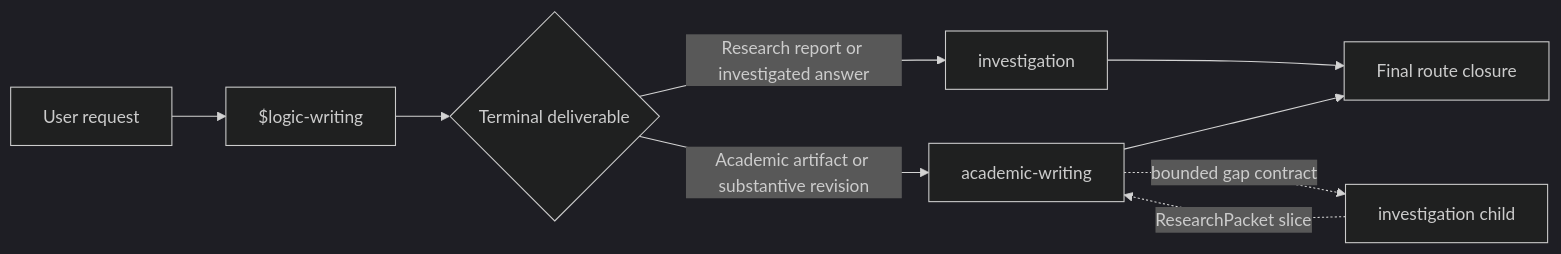
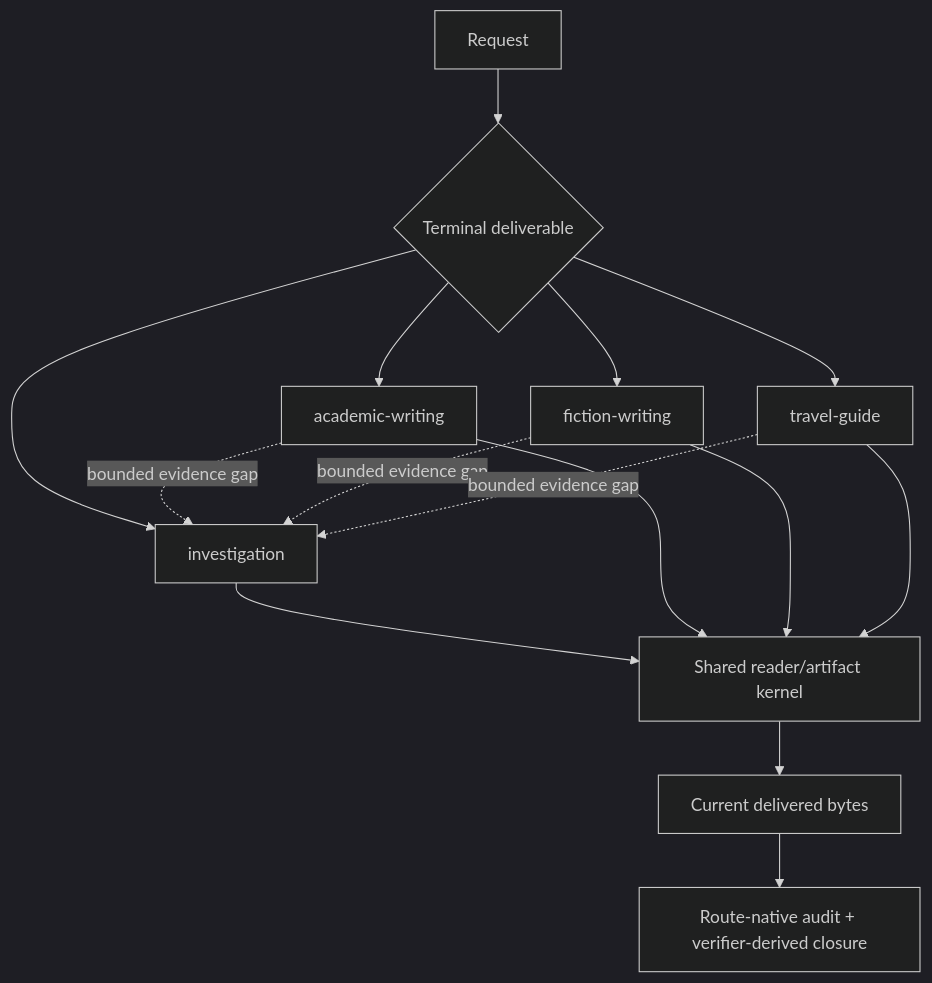
One commit to liuyingxuvka/LogicWriting changed the diagram in docs/architecture.md. Above: the diagram before and after it, drawn with Mermaid (dark theme). The commit also changed other lines of this file and 484 other files, not shown here.

Commit message:
release: Logic Writing v2.0.0

````diff
--- a/docs/architecture.md
+++ b/docs/architecture.md
@@ -20,11 +23,14 @@
 ```mermaid
-flowchart LR
-    U["User request"] --> E["$logic-writing"]
-    E --> D{"Terminal deliverable"}
-    D -->|"Research report or investigated answer"| I["investigation"]
-    D -->|"Academic artifact or substantive revision"| A["academic-writing"]
-    A -. "bounded gap contract" .-> C["investigation child"]
-    C -. "ResearchPacket slice" .-> A
-    I --> F["Final route closure"]
-    A --> F
+flowchart TD
+    Q["Request"] --> D{"Terminal deliverable"}
+    D --> I["investigation"]
+    D --> A["academic-writing"]
+    D --> F["fiction-writing"]
+    D --> T["travel-guide"]
+    A -. "bounded evidence gap" .-> I
+    F -. "bounded evidence gap" .-> I
+    T -. "bounded evidence gap" .-> I
+    I & A & F & T --> S["Shared reader/artifact kernel"]
+    S --> X["Current delivered bytes"]
+    X --> C["Route-native audit + verifier-derived closure"]
 ```
````
